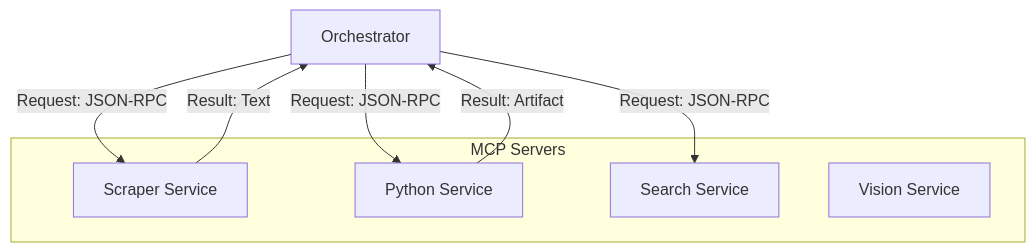
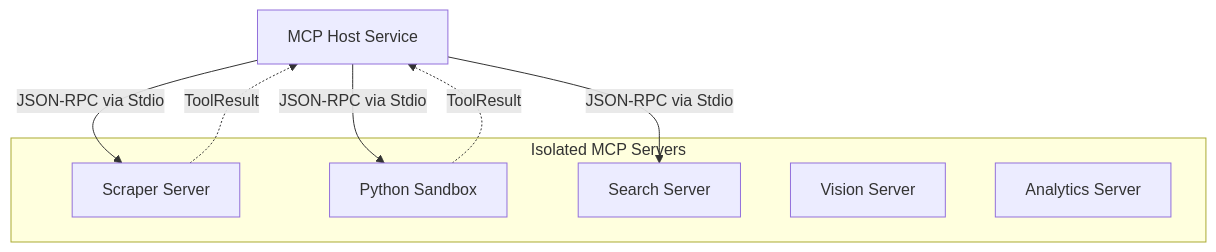
Before and after one commit to azzindani/Kea: the diagram in mcp_servers/README.md, drawn with Mermaid. The commit also changed other lines of this file and 9 other files, not shown here.

Commit message:
docs: Add initial README documentation for core services, MCP servers, shared components, and tests.

````diff
--- a/mcp_servers/README.md
+++ b/mcp_servers/README.md
@@ -16,18 +11,19 @@
 ```mermaid
 graph TD
-    Orchestrator[Orchestrator]
+    Host[MCP Host Service]
     
-    subgraph Tool Layer [MCP Servers]
-        Scraper[Scraper Service]
-        Code[Python Service]
-        Search[Search Service]
-        Vision[Vision Service]
+    subgraph Tool Layer [Isolated MCP Servers]
+        Scraper[Scraper Server]
+        Python[Python Sandbox]
+        Search[Search Server]
+        Vision[Vision Server]
+        Analytics[Analytics Server]
     end
     
-    Orchestrator -->|Request: JSON-RPC| Scraper
-    Orchestrator -->|Request: JSON-RPC| Code
-    Orchestrator -->|Request: JSON-RPC| Search
+    Host -->|JSON-RPC via Stdio| Scraper
+    Host -->|JSON-RPC via Stdio| Python
+    Host -->|JSON-RPC via Stdio| Search
     
-    Scraper -->|Result: Text| Orchestrator
-    Code -->|Result: Artifact| Orchestrator
+    Scraper -.->|ToolResult| Host
+    Python -.->|ToolResult| Host
 ```
````
